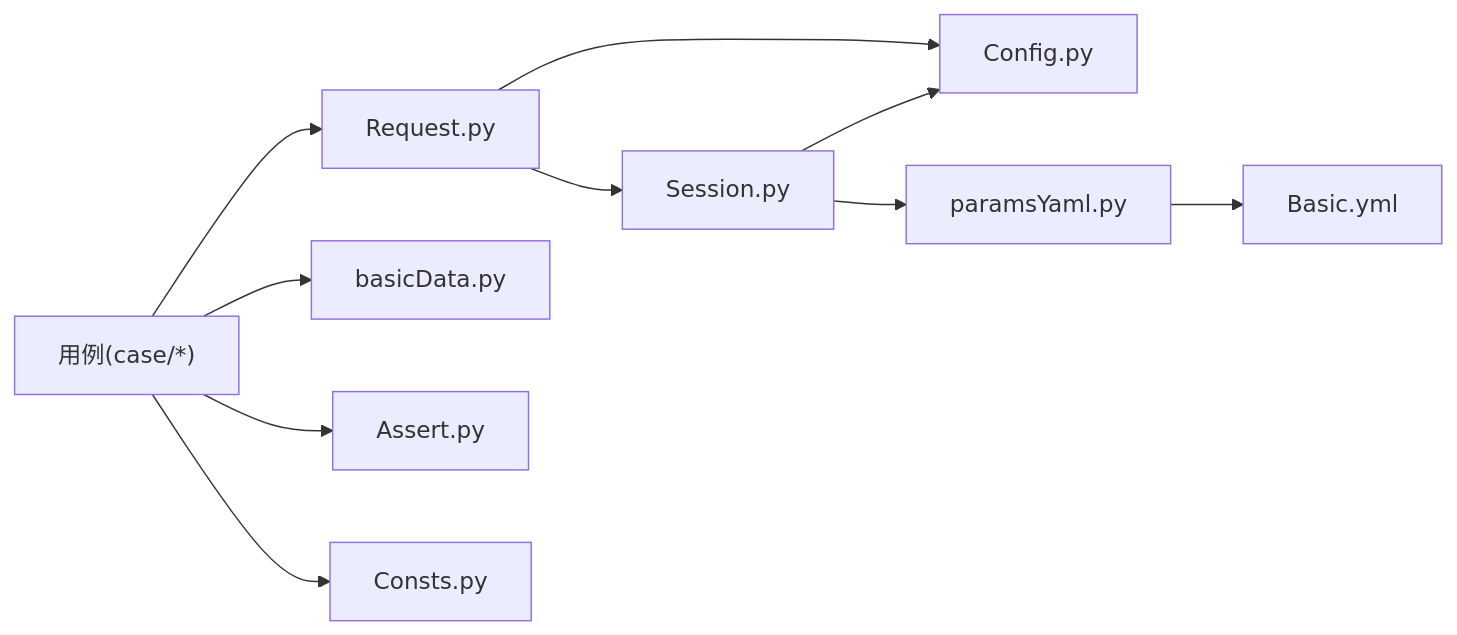
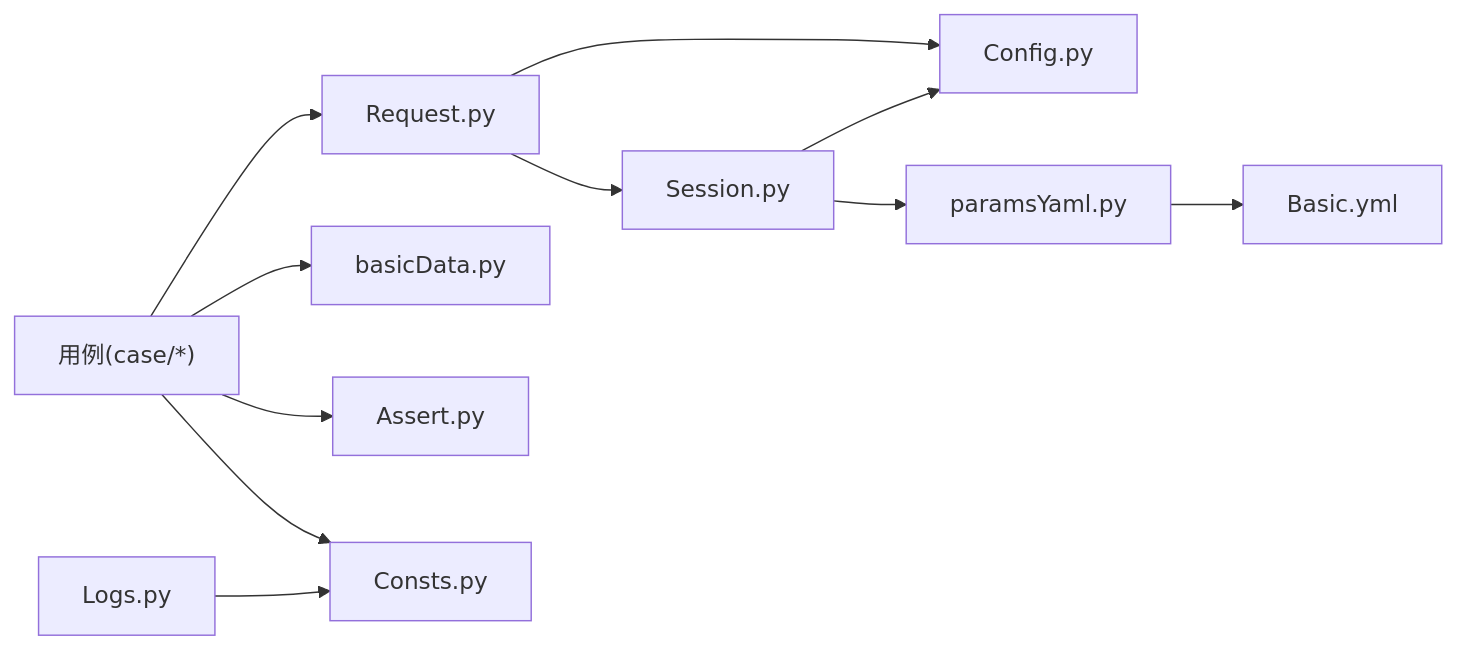
One commit to liximing1-ola/qa-payTest changed the fourth of 4 diagrams in .qoder/repowiki/zh/content/快速开始.md. Above: the diagram before and after it, drawn with Mermaid. The commit also changed other lines of this file and 13 other files, not shown here.

````diff
--- a/.qoder/repowiki/zh/content/快速开始.md
+++ b/.qoder/repowiki/zh/content/快速开始.md
@@ -282,12 +301,13 @@
 ```mermaid
 graph LR
 Case["用例(case/*)"] --> Req["Request.py"]
 Case --> Data["basicData.py"]
 Case --> Assert["Assert.py"]
 Case --> Const["Consts.py"]
 Req --> Sess["Session.py"]
 Req --> Cfg["Config.py"]
 Sess --> Cfg
 Sess --> Pyaml["paramsYaml.py"]
 Pyaml --> Yml["Basic.yml"]
+Logs["Logs.py"] --> Const
 ```
````
